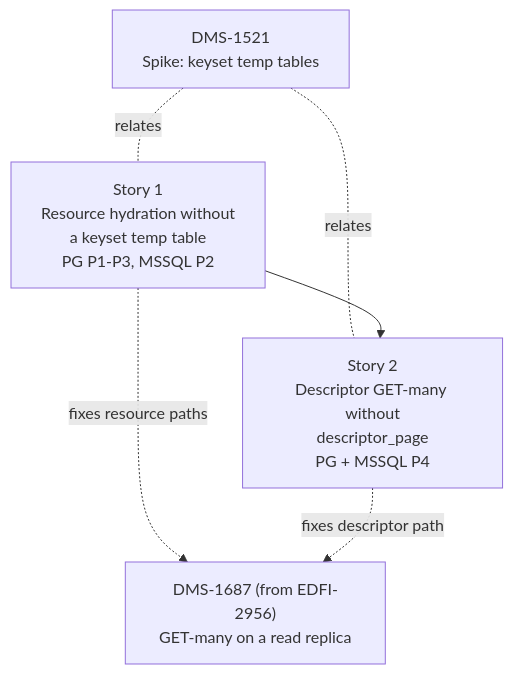
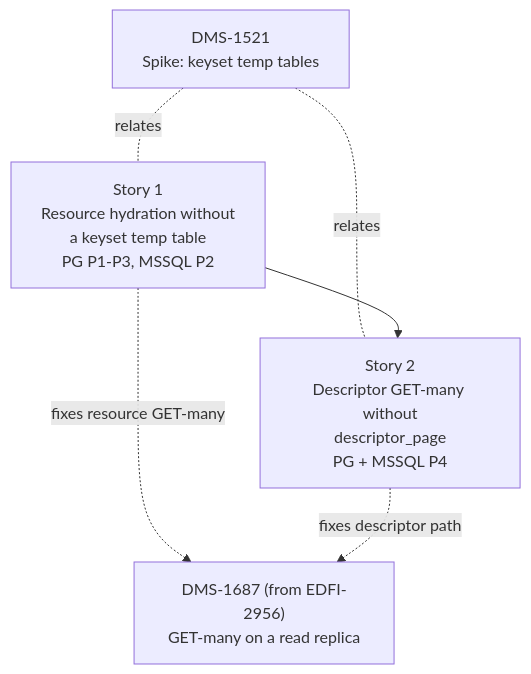
The diagram in reference/spikes/DMS-1521/candidate-implementation-stories.md (Ed-Fi-Alliance-OSS/Data-Management-Service), drawn with Mermaid before and after one commit. The commit also changed other lines of this file and 4 other files, not shown here.

````diff
--- a/reference/spikes/DMS-1521/candidate-implementation-stories.md
+++ b/reference/spikes/DMS-1521/candidate-implementation-stories.md
@@ -47,13 +48,13 @@
 ```mermaid
 graph TD
   DMS1521["DMS-1521<br/>Spike: keyset temp tables"]
   S1["Story 1<br/>Resource hydration without<br/>a keyset temp table<br/>PG P1-P3, MSSQL P2"]
   S2["Story 2<br/>Descriptor GET-many without<br/>descriptor_page<br/>PG + MSSQL P4"]
   DMS1687["DMS-1687 (from EDFI-2956)<br/>GET-many on a read replica"]
 
   DMS1521 -. relates .- S1
   DMS1521 -. relates .- S2
   S1 --> S2
-  S1 -. fixes resource paths .-> DMS1687
+  S1 -. fixes resource GET-many .-> DMS1687
   S2 -. fixes descriptor path .-> DMS1687
 ```
````
